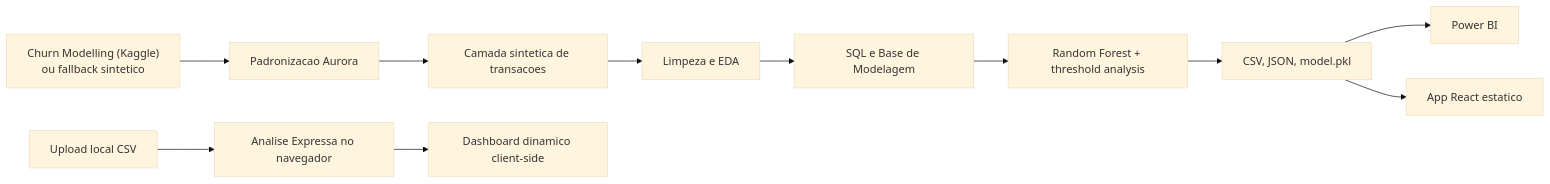
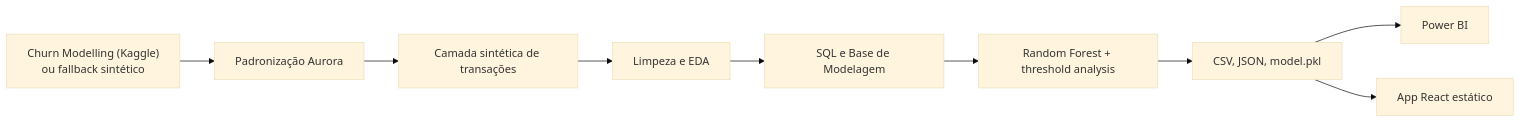
One commit to VicFmartins/aurora-finance-intelligence changed the diagram in README.md. Above: the diagram before and after it, drawn with Mermaid (base theme). The commit also changed other lines of this file and 1 other file, not shown here.

Commit message:
docs: corrige README e documenta analise expressa

````diff
--- a/README.md
+++ b/README.md
@@ -80,13 +93,11 @@
 ```mermaid
 flowchart LR
-    A["Churn Modelling (Kaggle)<br/>ou fallback sintetico"] --> B["Padronizacao Aurora"]
-    B --> C["Camada sintetica de transacoes"]
+    A["Churn Modelling (Kaggle)<br/>ou fallback sintético"] --> B["Padronização Aurora"]
+    B --> C["Camada sintética de transações"]
     C --> D["Limpeza e EDA"]
     D --> E["SQL e Base de Modelagem"]
     E --> F["Random Forest + threshold analysis"]
     F --> G["CSV, JSON, model.pkl"]
     G --> H["Power BI"]
-    G --> I["App React estatico"]
-    J["Upload local CSV"] --> K["Analise Expressa no navegador"]
-    K --> L["Dashboard dinamico client-side"]
+    G --> I["App React estático"]
 ```
````
